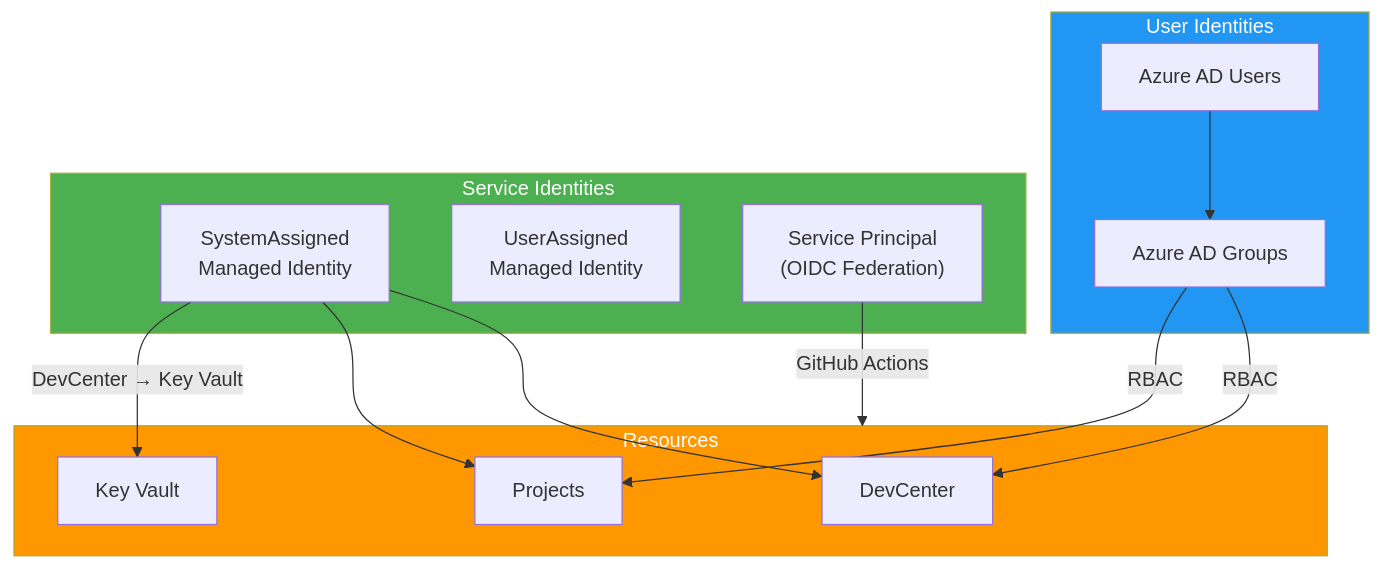
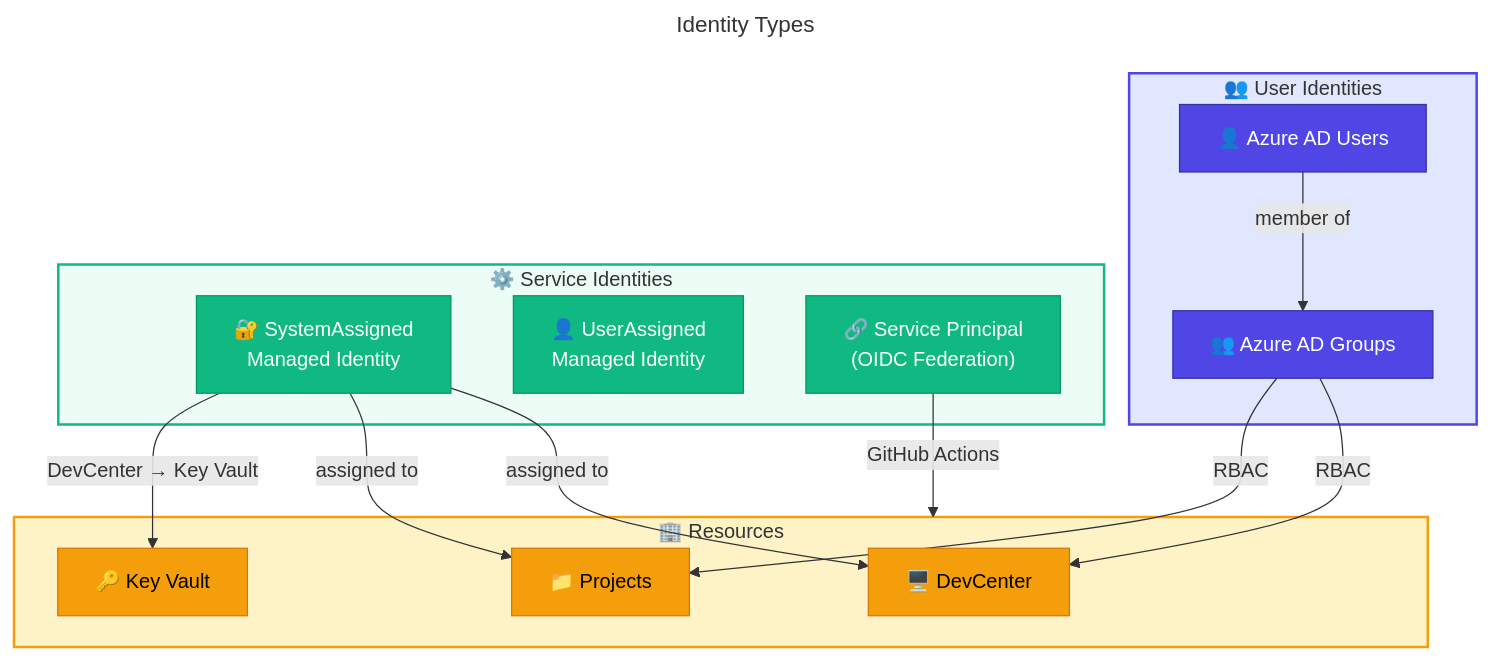
One commit to Evilazaro/DevExp-DevBox changed the fourth of 10 diagrams in docs/architecture/05-security-architecture.md. Above: the diagram before and after it, drawn with Mermaid. The commit also changed other lines of this file, not shown here.

Commit message:
Enhance security architecture documentation by adding emojis, improving diagram styles, and refining connections for better clarity and navigation.

````diff
--- a/docs/architecture/05-security-architecture.md
+++ b/docs/architecture/05-security-architecture.md
@@ -231,33 +285,49 @@
 ```mermaid
+---
+title: Identity Types
+---
 flowchart TB
-    subgraph UserIdentities["User Identities"]
-        AAD_USER["Azure AD Users"]
-        AAD_GROUP["Azure AD Groups"]
+    %% ===== USER IDENTITIES =====
+    subgraph UserIdentities["👥 User Identities"]
+        AAD_USER["👤 Azure AD Users"]
+        AAD_GROUP["👥 Azure AD Groups"]
     end
     
-    subgraph ServiceIdentities["Service Identities"]
-        MI_SYS["SystemAssigned\nManaged Identity"]
-        MI_USER["UserAssigned\nManaged Identity"]
-        SP["Service Principal\n(OIDC Federation)"]
+    %% ===== SERVICE IDENTITIES =====
+    subgraph ServiceIdentities["⚙️ Service Identities"]
+        MI_SYS["🔐 SystemAssigned<br/>Managed Identity"]
+        MI_USER["👤 UserAssigned<br/>Managed Identity"]
+        SP["🔗 Service Principal<br/>(OIDC Federation)"]
     end
     
-    subgraph Resources["Resources"]
-        DC["DevCenter"]
-        PROJ["Projects"]
-        KV["Key Vault"]
+    %% ===== RESOURCES =====
+    subgraph Resources["🏢 Resources"]
+        DC["🖥️ DevCenter"]
+        PROJ["📁 Projects"]
+        KV["🔑 Key Vault"]
     end
     
-    AAD_USER --> AAD_GROUP
-    AAD_GROUP -->|"RBAC"| DC
-    AAD_GROUP -->|"RBAC"| PROJ
+    %% ===== CONNECTIONS =====
+    AAD_USER -->|member of| AAD_GROUP
+    AAD_GROUP -->|RBAC| DC
+    AAD_GROUP -->|RBAC| PROJ
     
-    MI_SYS --> DC
-    MI_SYS --> PROJ
+    MI_SYS -->|assigned to| DC
+    MI_SYS -->|assigned to| PROJ
     
-    SP -->|"GitHub Actions"| Resources
-    MI_SYS -->|"DevCenter → Key Vault"| KV
+    SP -->|GitHub Actions| Resources
+    MI_SYS -->|DevCenter → Key Vault| KV
     
-    style UserIdentities fill:#2196F3,color:#fff
-    style ServiceIdentities fill:#4CAF50,color:#fff
-    style Resources fill:#FF9800,color:#fff
+    %% ===== STYLES =====
+    classDef primary fill:#4F46E5,stroke:#3730A3,color:#FFFFFF
+    classDef secondary fill:#10B981,stroke:#059669,color:#FFFFFF
+    classDef datastore fill:#F59E0B,stroke:#D97706,color:#000000
+    
+    class AAD_USER,AAD_GROUP primary
+    class MI_SYS,MI_USER,SP secondary
+    class DC,PROJ,KV datastore
+    
+    style UserIdentities fill:#E0E7FF,stroke:#4F46E5,stroke-width:2px
+    style ServiceIdentities fill:#ECFDF5,stroke:#10B981,stroke-width:2px
+    style Resources fill:#FEF3C7,stroke:#F59E0B,stroke-width:2px
 ```
````
